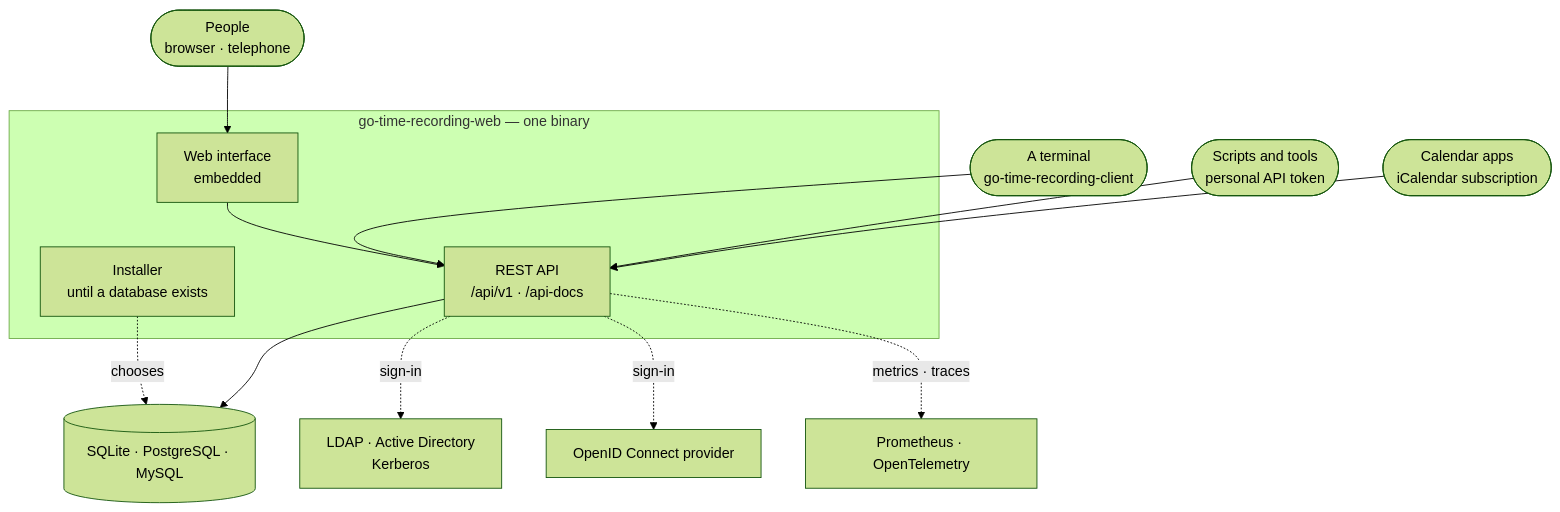
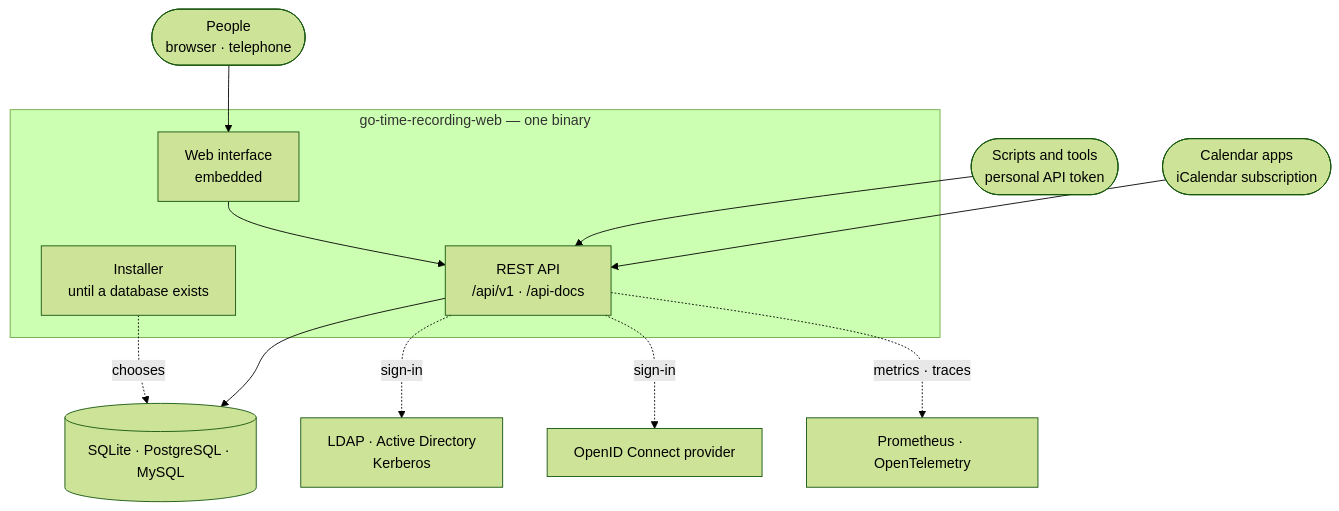
Before and after one commit to dennis-dko/go-ticket-system: the first of 3 diagrams in README.md, drawn with Mermaid (forest theme). The commit also changed other lines of this file and 106 other files, not shown here.

````diff
--- a/README.md
+++ b/README.md
@@ -144,28 +143,26 @@
 ```mermaid
 flowchart TB
     people(["People<br/>browser · telephone"])
-    terminal(["A terminal<br/>go-time-recording-client"])
     scripts(["Scripts and tools<br/>personal API token"])
     calendars(["Calendar apps<br/>iCalendar subscription"])
 
     subgraph binary["go-time-recording-web — one binary"]
         installer["Installer<br/>until a database exists"]
         ui["Web interface<br/>embedded"]
         api["REST API<br/>/api/v1 · /api-docs"]
     end
 
     db[("SQLite · PostgreSQL · MySQL")]
     directory["LDAP · Active Directory<br/>Kerberos"]
     provider["OpenID Connect provider"]
     telemetry["Prometheus · OpenTelemetry"]
 
     people --> ui --> api
-    terminal --> api
     scripts --> api
     calendars --> api
     installer -. chooses .-> db
     api --> db
     api -. sign-in .-> directory
     api -. sign-in .-> provider
     api -. metrics · traces .-> telemetry
 ```
````
